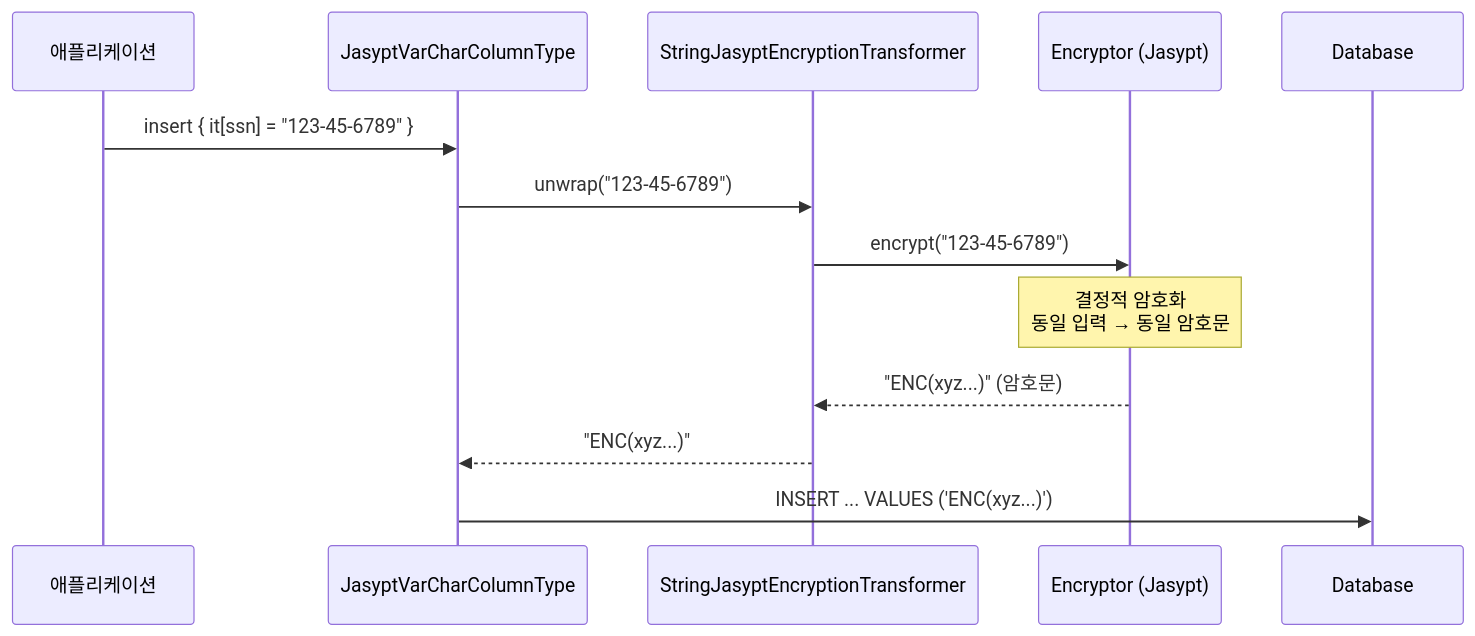
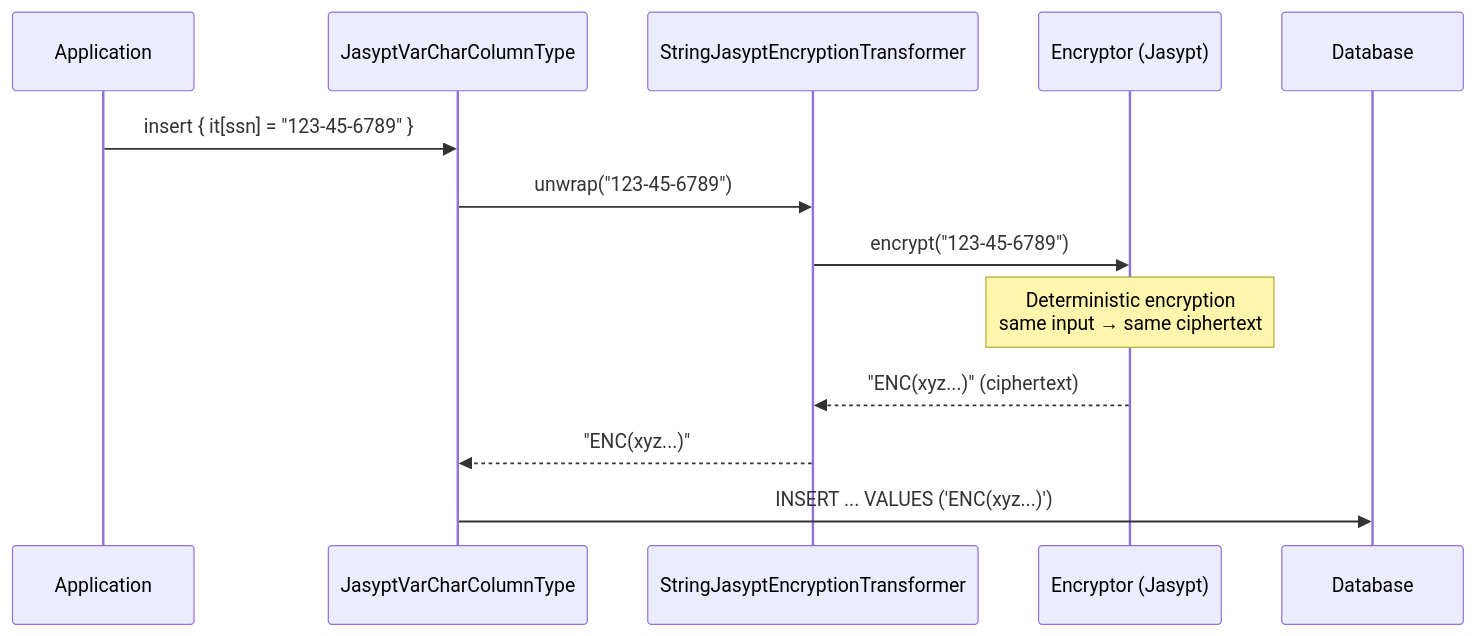
Before and after one commit to bluetape4k/bluetape4k-projects: the third of 4 diagrams in data/exposed-jasypt/README.md, drawn with Mermaid. The commit also changed other lines of this file and 265 other files, not shown here.

````diff
--- a/data/exposed-jasypt/README.md
+++ b/data/exposed-jasypt/README.md
@@ -170,16 +172,16 @@
 ```mermaid
 sequenceDiagram
-    participant App as 애플리케이션
+    participant App as Application
     participant Col as JasyptVarCharColumnType
     participant Tx as StringJasyptEncryptionTransformer
     participant Enc as Encryptor (Jasypt)
     participant DB as Database
 
     App->>Col: insert { it[ssn] = "123-45-6789" }
     Col->>Tx: unwrap("123-45-6789")
     Tx->>Enc: encrypt("123-45-6789")
-    Note over Enc: 결정적 암호화<br/>동일 입력 → 동일 암호문
-    Enc-->>Tx: "ENC(xyz...)" (암호문)
+    Note over Enc: Deterministic encryption<br/>same input → same ciphertext
+    Enc-->>Tx: "ENC(xyz...)" (ciphertext)
     Tx-->>Col: "ENC(xyz...)"
     Col->>DB: INSERT ... VALUES ('ENC(xyz...)')
 ```
````
